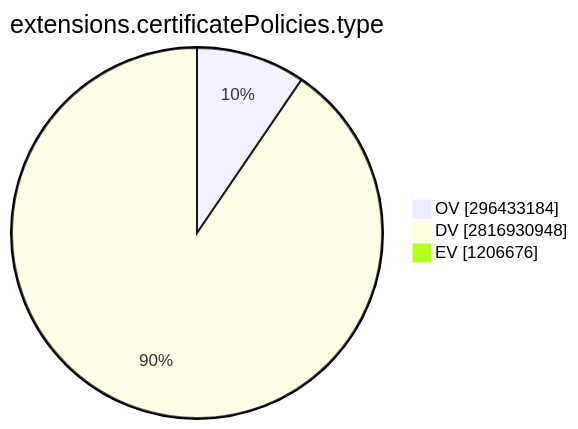
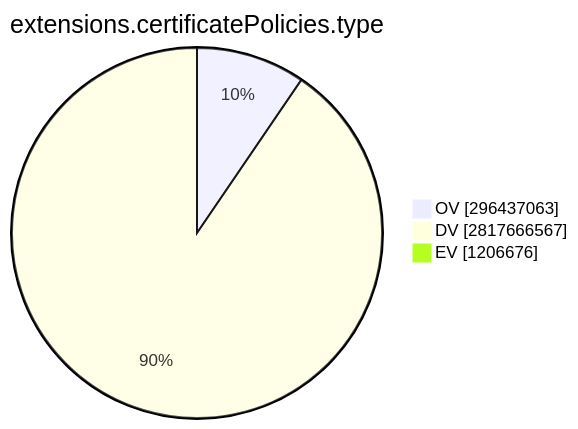
The ninth of 15 diagrams in TOTAL/README.md (christiankrug/ctmonitor_visualization), drawn with Mermaid before and after one commit. The commit also changed other lines of this file, not shown here.

````diff
--- a/TOTAL/README.md
+++ b/TOTAL/README.md
@@ -3099,7 +3099,7 @@
 ```mermaid
 pie showData
 title extensions.certificatePolicies.type
-"OV" :296433184
-"DV" :2816930948
+"OV" :296437063
+"DV" :2817666567
 "EV" :1206676
 ```
````
